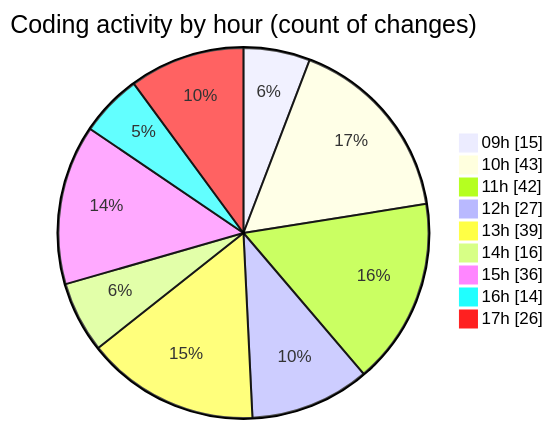
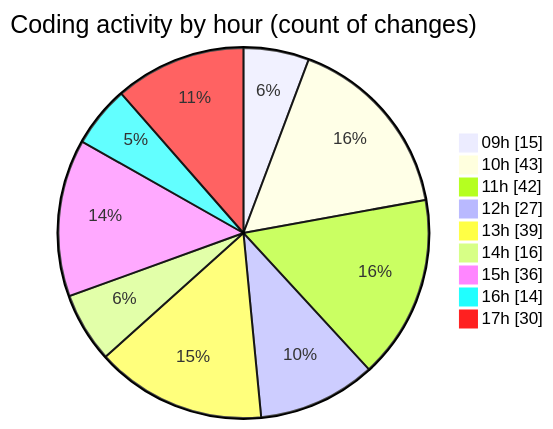
One commit to momahboobian/code-tracking changed the second of 2 diagrams in 2025-09-30/cda/README.md. Above: the diagram before and after it, drawn with Mermaid. The commit also changed other lines of this file and 1 other file, not shown here.

````diff
--- a/2025-09-30/cda/README.md
+++ b/2025-09-30/cda/README.md
@@ -34,13 +34,13 @@
 ```mermaid
 pie showData
 title Coding activity by hour (count of changes)
 "09h" : 15
 "10h" : 43
 "11h" : 42
 "12h" : 27
 "13h" : 39
 "14h" : 16
 "15h" : 36
 "16h" : 14
-"17h" : 26
+"17h" : 30
 ```
````
